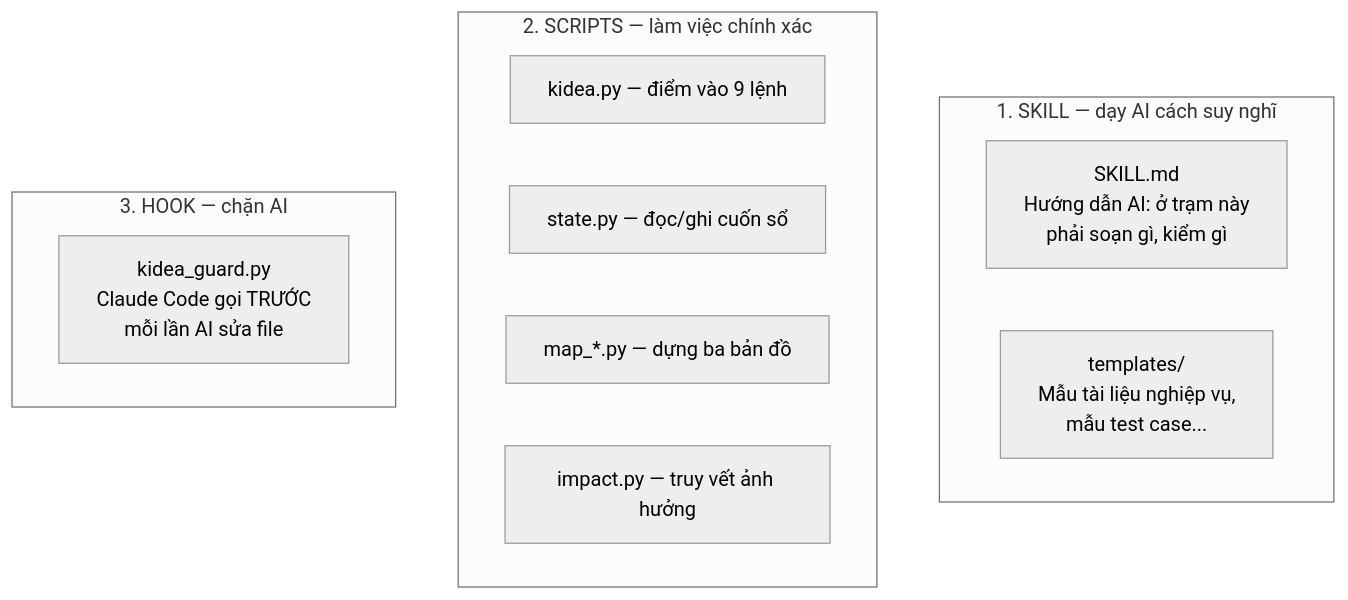
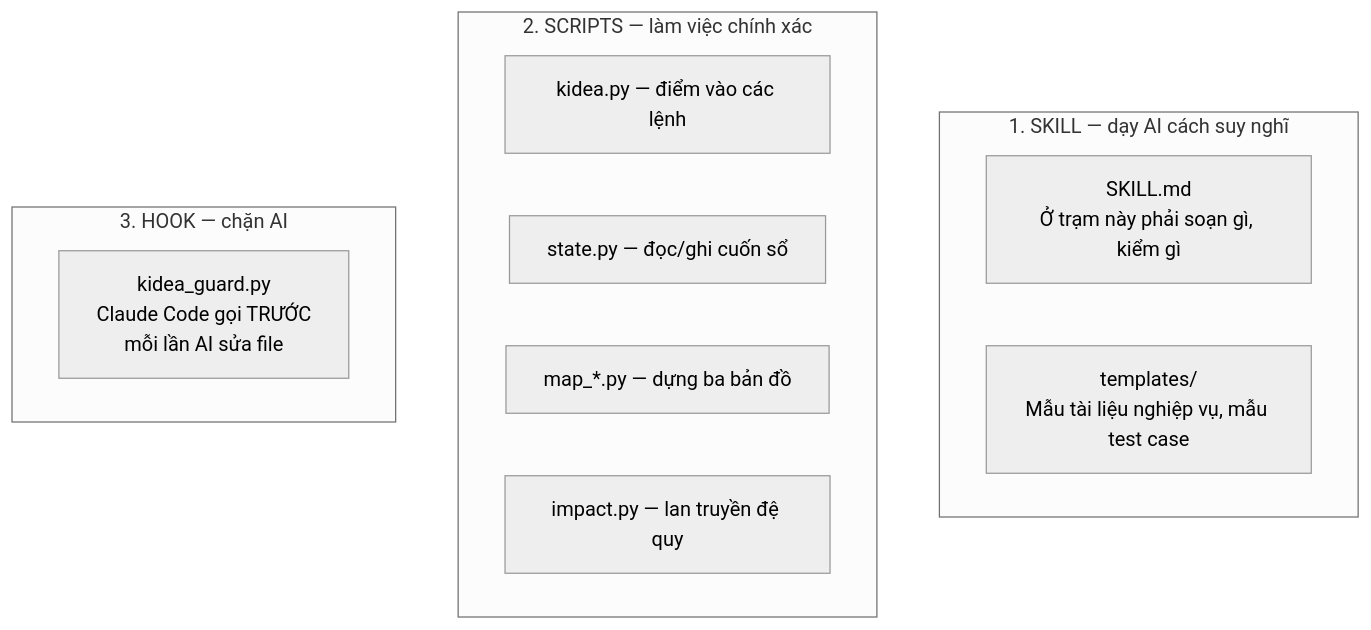
Before and after one commit to Kynderis/kendrick-ai-tools: the second of 10 diagrams in design/00-BAT-DAU-TU-DAY.md, drawn with Mermaid (neutral theme). The commit also changed other lines of this file and 4 other files, not shown here.

````diff
--- a/design/00-BAT-DAU-TU-DAY.md
+++ b/design/00-BAT-DAU-TU-DAY.md
@@ -141,18 +133,18 @@
 ```mermaid
 flowchart TD
     subgraph A["1. SKILL — dạy AI cách suy nghĩ"]
-    A1["SKILL.md<br/>Hướng dẫn AI: ở trạm này<br/>phải soạn gì, kiểm gì"]
-    A2["templates/<br/>Mẫu tài liệu nghiệp vụ,<br/>mẫu test case..."]
+    A1["SKILL.md<br/>Ở trạm này phải soạn gì, kiểm gì"]
+    A2["templates/<br/>Mẫu tài liệu nghiệp vụ, mẫu test case"]
     end
 
     subgraph B["2. SCRIPTS — làm việc chính xác"]
-    B1["kidea.py — điểm vào 9 lệnh"]
+    B1["kidea.py — điểm vào các lệnh"]
     B2["state.py — đọc/ghi cuốn sổ"]
     B3["map_*.py — dựng ba bản đồ"]
-    B4["impact.py — truy vết ảnh hưởng"]
+    B4["impact.py — lan truyền đệ quy"]
     end
 
     subgraph C["3. HOOK — chặn AI"]
     C1["kidea_guard.py<br/>Claude Code gọi TRƯỚC<br/>mỗi lần AI sửa file"]
     end
 ```
````
